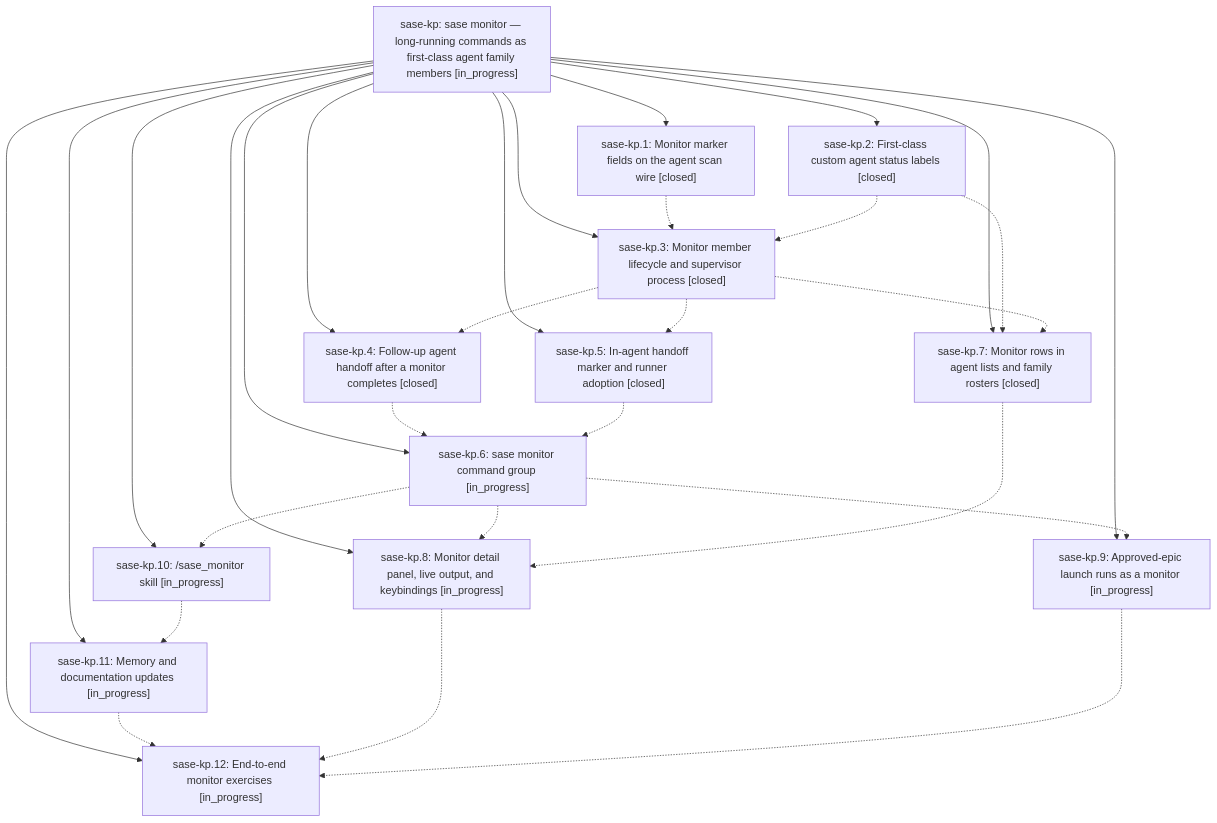
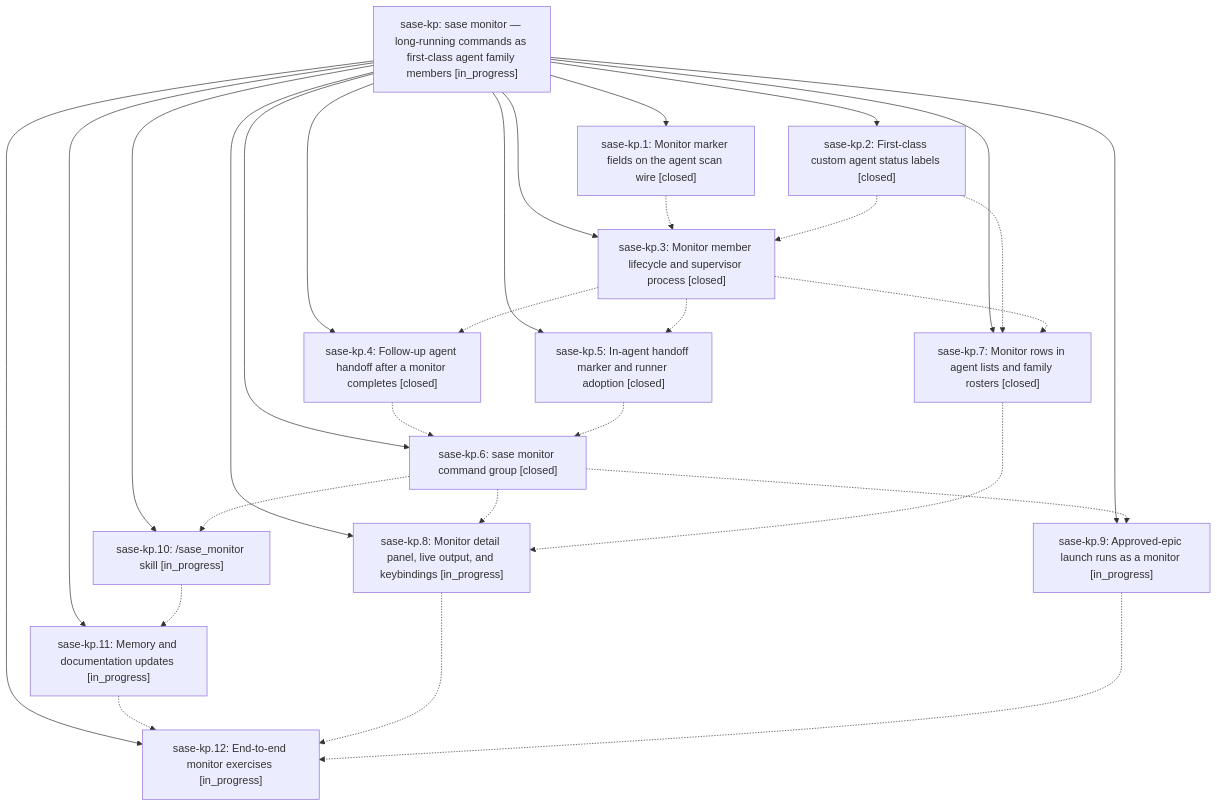
The diagram in pages/sase-kp/README.md (sase-org/sase--beads), drawn with Mermaid before and after one commit. The commit also changed other lines of this file and 6 other files, not shown here.

````diff
--- a/pages/sase-kp/README.md
+++ b/pages/sase-kp/README.md
@@ -33,44 +33,44 @@
 ```mermaid
 flowchart TD
     n0["sase-kp: sase monitor — long-running commands as first-class agent family members [in_progress]"]
     n1["sase-kp.1: Monitor marker fields on the agent scan wire [closed]"]
     n2["sase-kp.10: /sase_monitor skill [in_progress]"]
     n3["sase-kp.11: Memory and documentation updates [in_progress]"]
     n4["sase-kp.12: End-to-end monitor exercises [in_progress]"]
     n5["sase-kp.2: First-class custom agent status labels [closed]"]
     n6["sase-kp.3: Monitor member lifecycle and supervisor process [closed]"]
     n7["sase-kp.4: Follow-up agent handoff after a monitor completes [closed]"]
     n8["sase-kp.5: In-agent handoff marker and runner adoption [closed]"]
-    n9["sase-kp.6: sase monitor command group [in_progress]"]
+    n9["sase-kp.6: sase monitor command group [closed]"]
     n10["sase-kp.7: Monitor rows in agent lists and family rosters [closed]"]
     n11["sase-kp.8: Monitor detail panel, live output, and keybindings [in_progress]"]
     n12["sase-kp.9: Approved-epic launch runs as a monitor [in_progress]"]
     n0 --> n1
     n0 --> n2
     n0 --> n3
     n0 --> n4
     n0 --> n5
     n0 --> n6
     n0 --> n7
     n0 --> n8
     n0 --> n9
     n0 --> n10
     n0 --> n11
     n0 --> n12
     n1 -.-> n6
     n2 -.-> n3
     n3 -.-> n4
     n5 -.-> n6
     n5 -.-> n10
     n6 -.-> n7
     n6 -.-> n8
     n6 -.-> n10
     n7 -.-> n9
     n8 -.-> n9
     n9 -.-> n2
     n9 -.-> n11
     n9 -.-> n12
     n10 -.-> n11
     n11 -.-> n4
     n12 -.-> n4
 ```
````
